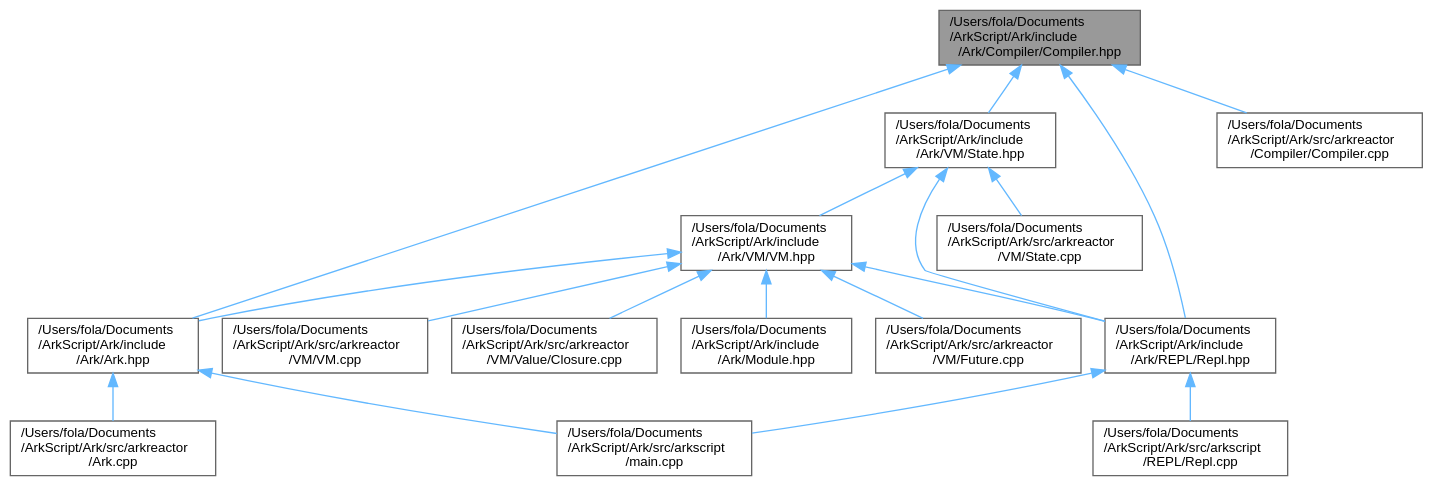
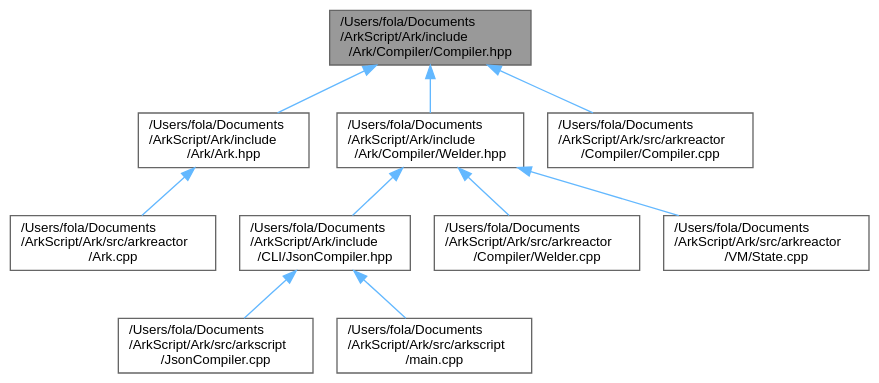
The diagram in impl/dd/d4e/Compiler_8hpp__dep__incl.dot (ArkScript-lang/old-website), drawn with Graphviz before and after one commit. The commit also changed 1655 other files, not shown here.

```diff
--- a/impl/dd/d4e/Compiler_8hpp__dep__incl.dot
+++ b/impl/dd/d4e/Compiler_8hpp__dep__incl.dot
@@ -1,39 +1,27 @@
 digraph "/Users/fola/Documents/ArkScript/Ark/include/Ark/Compiler/Compiler.hpp"
 {
  // INTERACTIVE_SVG=YES
  // LATEX_PDF_SIZE
   bgcolor="transparent";
   edge [fontname=Helvetica,fontsize=10,labelfontname=Helvetica,labelfontsize=10];
   node [fontname=Helvetica,fontsize=10,shape=box,height=0.2,width=0.4];
   Node1 [label="/Users/fola/Documents\l/ArkScript/Ark/include\l/Ark/Compiler/Compiler.hpp",height=0.2,width=0.4,color="gray40", fillcolor="grey60", style="filled", fontcolor="black",tooltip="ArkScript compiler is in charge of transforming the AST into bytecode."];
   Node1 -> Node2 [dir="back",color="steelblue1",style="solid"];
   Node2 [label="/Users/fola/Documents\l/ArkScript/Ark/include\l/Ark/Ark.hpp",height=0.2,width=0.4,color="grey40", fillcolor="white", style="filled",URL="$d3/d7e/Ark_8hpp.html",tooltip="Includes the needed files to start using ArkScript."];
   Node2 -> Node3 [dir="back",color="steelblue1",style="solid"];
   Node3 [label="/Users/fola/Documents\l/ArkScript/Ark/src/arkreactor\l/Ark.cpp",height=0.2,width=0.4,color="grey40", fillcolor="white", style="filled",URL="$dc/d32/Ark_8cpp.html",tooltip=" "];
-  Node2 -> Node4 [dir="back",color="steelblue1",style="solid"];
-  Node4 [label="/Users/fola/Documents\l/ArkScript/Ark/src/arkscript\l/main.cpp",height=0.2,width=0.4,color="grey40", fillcolor="white", style="filled",URL="$df/d0a/main_8cpp.html",tooltip=" "];
-  Node1 -> Node5 [dir="back",color="steelblue1",style="solid"];
-  Node5 [label="/Users/fola/Documents\l/ArkScript/Ark/include\l/Ark/REPL/Repl.hpp",height=0.2,width=0.4,color="grey40", fillcolor="white", style="filled",URL="$d5/da5/Repl_8hpp.html",tooltip="ArkScript REPL - Read Eval Print Loop."];
+  Node1 -> Node4 [dir="back",color="steelblue1",style="solid"];
+  Node4 [label="/Users/fola/Documents\l/ArkScript/Ark/include\l/Ark/Compiler/Welder.hpp",height=0.2,width=0.4,color="grey40", fillcolor="white", style="filled",URL="$de/d8e/Welder_8hpp.html",tooltip="In charge of welding everything needed to compile code."];
+  Node4 -> Node5 [dir="back",color="steelblue1",style="solid"];
+  Node5 [label="/Users/fola/Documents\l/ArkScript/Ark/include\l/CLI/JsonCompiler.hpp",height=0.2,width=0.4,color="grey40", fillcolor="white", style="filled",URL="$dc/dfd/JsonCompiler_8hpp.html",tooltip=" "];
   Node5 -> Node6 [dir="back",color="steelblue1",style="solid"];
-  Node6 [label="/Users/fola/Documents\l/ArkScript/Ark/src/arkscript\l/REPL/Repl.cpp",height=0.2,width=0.4,color="grey40", fillcolor="white", style="filled",URL="$d7/d46/Repl_8cpp.html",tooltip=" "];
-  Node5 -> Node4 [dir="back",color="steelblue1",style="solid"];
-  Node1 -> Node7 [dir="back",color="steelblue1",style="solid"];
-  Node7 [label="/Users/fola/Documents\l/ArkScript/Ark/include\l/Ark/VM/State.hpp",height=0.2,width=0.4,color="grey40", fillcolor="white", style="filled",URL="$d0/db5/State_8hpp.html",tooltip="State used by the virtual machine: it loads the bytecode, can compile it if needed,..."];
-  Node7 -> Node5 [dir="back",color="steelblue1",style="solid"];
-  Node7 -> Node8 [dir="back",color="steelblue1",style="solid"];
-  Node8 [label="/Users/fola/Documents\l/ArkScript/Ark/include\l/Ark/VM/VM.hpp",height=0.2,width=0.4,color="grey40", fillcolor="white", style="filled",URL="$d1/d91/VM_8hpp.html",tooltip="The ArkScript virtual machine."];
-  Node8 -> Node2 [dir="back",color="steelblue1",style="solid"];
-  Node8 -> Node9 [dir="back",color="steelblue1",style="solid"];
-  Node9 [label="/Users/fola/Documents\l/ArkScript/Ark/include\l/Ark/Module.hpp",height=0.2,width=0.4,color="grey40", fillcolor="white", style="filled",URL="$d5/d44/Module_8hpp.html",tooltip=" "];
-  Node8 -> Node5 [dir="back",color="steelblue1",style="solid"];
-  Node8 -> Node10 [dir="back",color="steelblue1",style="solid"];
-  Node10 [label="/Users/fola/Documents\l/ArkScript/Ark/src/arkreactor\l/VM/Future.cpp",height=0.2,width=0.4,color="grey40", fillcolor="white", style="filled",URL="$d4/dc9/Future_8cpp.html",tooltip=" "];
-  Node8 -> Node11 [dir="back",color="steelblue1",style="solid"];
-  Node11 [label="/Users/fola/Documents\l/ArkScript/Ark/src/arkreactor\l/VM/VM.cpp",height=0.2,width=0.4,color="grey40", fillcolor="white", style="filled",URL="$d2/d27/VM_8cpp.html",tooltip=" "];
-  Node8 -> Node12 [dir="back",color="steelblue1",style="solid"];
-  Node12 [label="/Users/fola/Documents\l/ArkScript/Ark/src/arkreactor\l/VM/Value/Closure.cpp",height=0.2,width=0.4,color="grey40", fillcolor="white", style="filled",URL="$d1/db2/Closure_8cpp.html",tooltip=" "];
-  Node7 -> Node13 [dir="back",color="steelblue1",style="solid"];
-  Node13 [label="/Users/fola/Documents\l/ArkScript/Ark/src/arkreactor\l/VM/State.cpp",height=0.2,width=0.4,color="grey40", fillcolor="white", style="filled",URL="$d0/da0/State_8cpp.html",tooltip=" "];
-  Node1 -> Node14 [dir="back",color="steelblue1",style="solid"];
-  Node14 [label="/Users/fola/Documents\l/ArkScript/Ark/src/arkreactor\l/Compiler/Compiler.cpp",height=0.2,width=0.4,color="grey40", fillcolor="white", style="filled",URL="$de/dfa/Compiler_8cpp.html",tooltip=" "];
+  Node6 [label="/Users/fola/Documents\l/ArkScript/Ark/src/arkscript\l/JsonCompiler.cpp",height=0.2,width=0.4,color="grey40", fillcolor="white", style="filled",URL="$db/d71/JsonCompiler_8cpp.html",tooltip=" "];
+  Node5 -> Node7 [dir="back",color="steelblue1",style="solid"];
+  Node7 [label="/Users/fola/Documents\l/ArkScript/Ark/src/arkscript\l/main.cpp",height=0.2,width=0.4,color="grey40", fillcolor="white", style="filled",URL="$df/d0a/main_8cpp.html",tooltip=" "];
+  Node4 -> Node8 [dir="back",color="steelblue1",style="solid"];
+  Node8 [label="/Users/fola/Documents\l/ArkScript/Ark/src/arkreactor\l/Compiler/Welder.cpp",height=0.2,width=0.4,color="grey40", fillcolor="white", style="filled",URL="$d3/df1/Welder_8cpp.html",tooltip=" "];
+  Node4 -> Node9 [dir="back",color="steelblue1",style="solid"];
+  Node9 [label="/Users/fola/Documents\l/ArkScript/Ark/src/arkreactor\l/VM/State.cpp",height=0.2,width=0.4,color="grey40", fillcolor="white", style="filled",URL="$d0/da0/State_8cpp.html",tooltip=" "];
+  Node1 -> Node10 [dir="back",color="steelblue1",style="solid"];
+  Node10 [label="/Users/fola/Documents\l/ArkScript/Ark/src/arkreactor\l/Compiler/Compiler.cpp",height=0.2,width=0.4,color="grey40", fillcolor="white", style="filled",URL="$de/dfa/Compiler_8cpp.html",tooltip=" "];
 }
```
